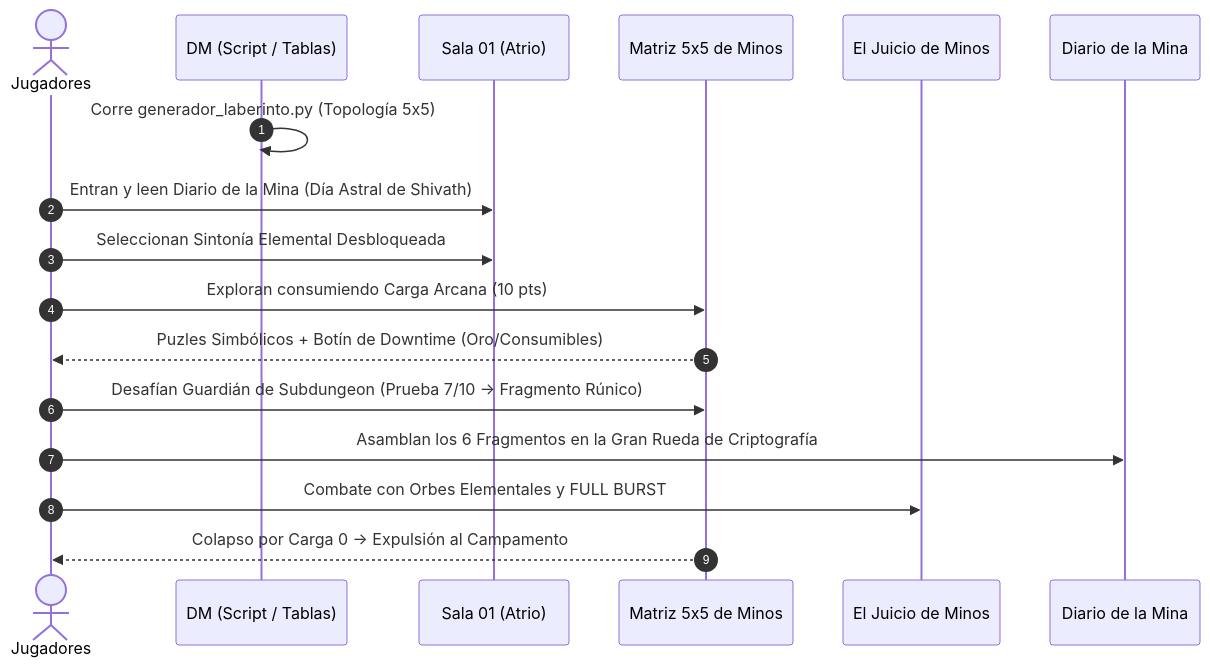
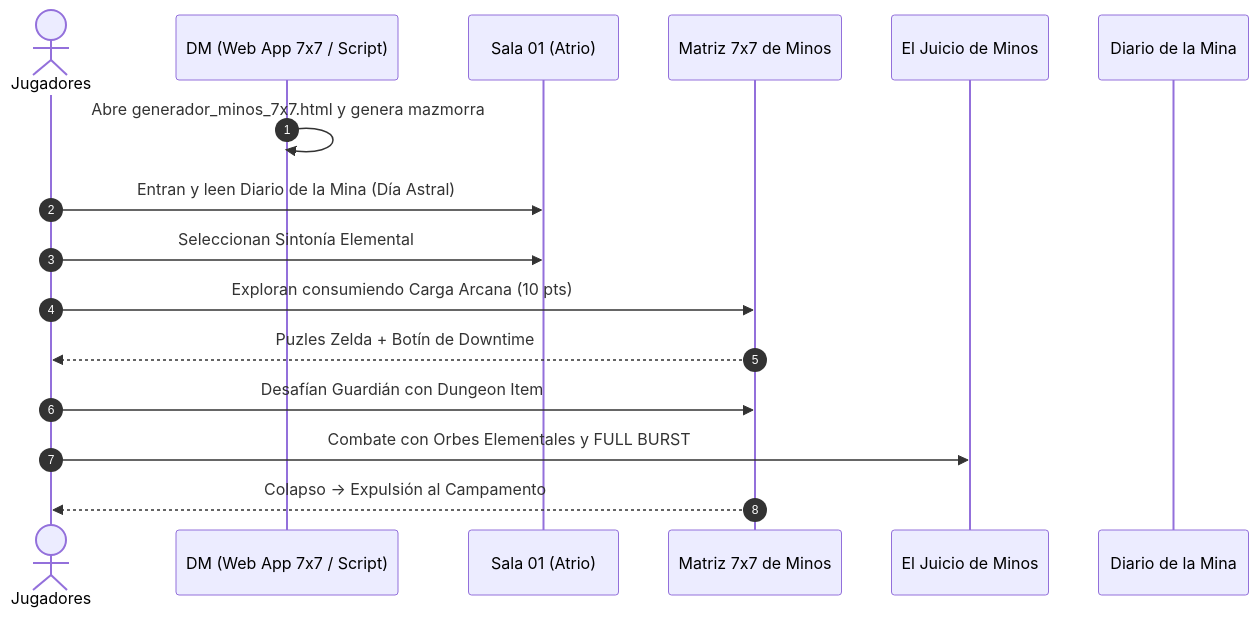
Before and after one commit to linkmati/ShivathLyss: the diagram in 7 - DM/OneShots/ARepeat/El Laberinto de Minos.md, drawn with Mermaid. The commit also changed other lines of this file and 2 other files, not shown here.

Commit message:
feat: add single-file standalone web app generador_minos_7x7.html with interactive 7x7 grid and door connection inspector

````diff
--- a/7 - DM/OneShots/ARepeat/El Laberinto de Minos.md
+++ b/7 - DM/OneShots/ARepeat/El Laberinto de Minos.md
@@ -44,20 +39,19 @@
 ```mermaid
 sequenceDiagram
     autonumber
     actor Jugadores
-    participant DM as DM (Script / Tablas)
+    participant DM as DM (Web App 7x7 / Script)
     participant Atrio as Sala 01 (Atrio)
-    participant Laberinto as Matriz 5x5 de Minos
+    participant Laberinto as Matriz 7x7 de Minos
     participant Boss as El Juicio de Minos
     participant Base as Diario de la Mina
 
-    DM->>DM: Corre generador_laberinto.py (Topología 5x5)
-    Jugadores->>Atrio: Entran y leen Diario de la Mina (Día Astral de Shivath)
-    Jugadores->>Atrio: Seleccionan Sintonía Elemental Desbloqueada
+    DM->>DM: Abre generador_minos_7x7.html y genera mazmorra
+    Jugadores->>Atrio: Entran y leen Diario de la Mina (Día Astral)
+    Jugadores->>Atrio: Seleccionan Sintonía Elemental
     Jugadores->>Laberinto: Exploran consumiendo Carga Arcana (10 pts)
-    Laberinto-->>Jugadores: Puzles Simbólicos + Botín de Downtime (Oro/Consumibles)
-    Jugadores->>Laberinto: Desafían Guardián de Subdungeon (Prueba 7/10 -> Fragmento Rúnico)
-    Jugadores->>Base: Asamblan los 6 Fragmentos en la Gran Rueda de Criptografía
+    Laberinto-->>Jugadores: Puzles Zelda + Botín de Downtime
+    Jugadores->>Laberinto: Desafían Guardián con Dungeon Item
     Jugadores->>Boss: Combate con Orbes Elementales y FULL BURST
-    Laberinto-->>Jugadores: Colapso por Carga 0 -> Expulsión al Campamento
+    Laberinto-->>Jugadores: Colapso -> Expulsión al Campamento
 ```
````
